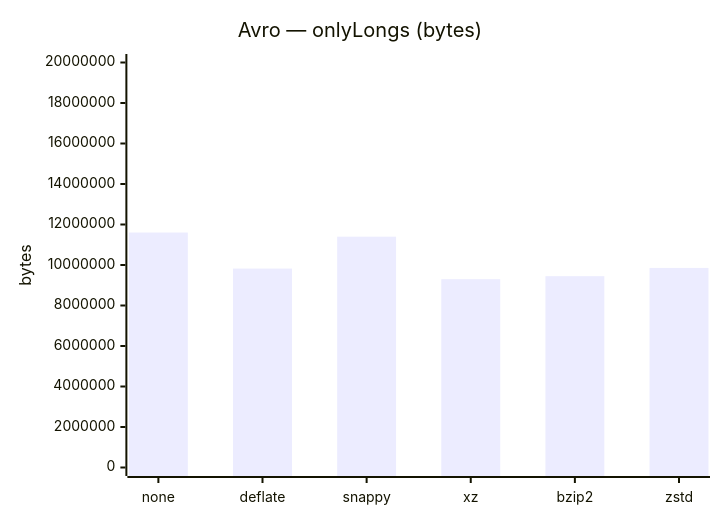
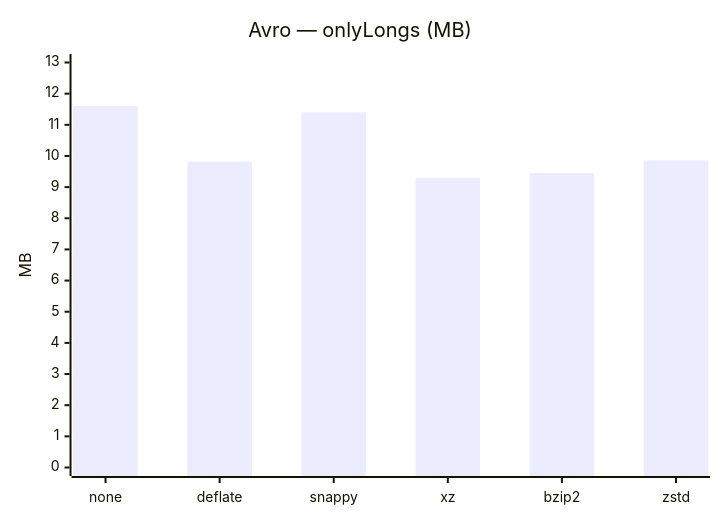
Before and after one commit to nryanov/SerializationBenchmark: the eighth of 33 diagrams in results/2026/file-sizes.md, drawn with Mermaid. The commit also changed other lines of this file, not shown here.

Commit message:
doc: update file size charts

````diff
--- a/results/2026/file-sizes.md
+++ b/results/2026/file-sizes.md
@@ -109,8 +109,8 @@
 ```mermaid
 %%{init: {"config": {"xyChart": {"width": 610, "height": 360}}}}%%
 xychart-beta
-    title "Avro — onlyLongs (bytes)"
+    title "Avro — onlyLongs (MB)"
     x-axis ["none", "deflate", "snappy", "xz", "bzip2", "zstd"]
-    y-axis "bytes" 0 --> 20000000
-    bar [11602655, 9823440, 11398717, 9299892, 9447654, 9855216]
+    y-axis "MB" 0 --> 13
+    bar [11.6, 9.82, 11.4, 9.3, 9.45, 9.86]
 ```
````
